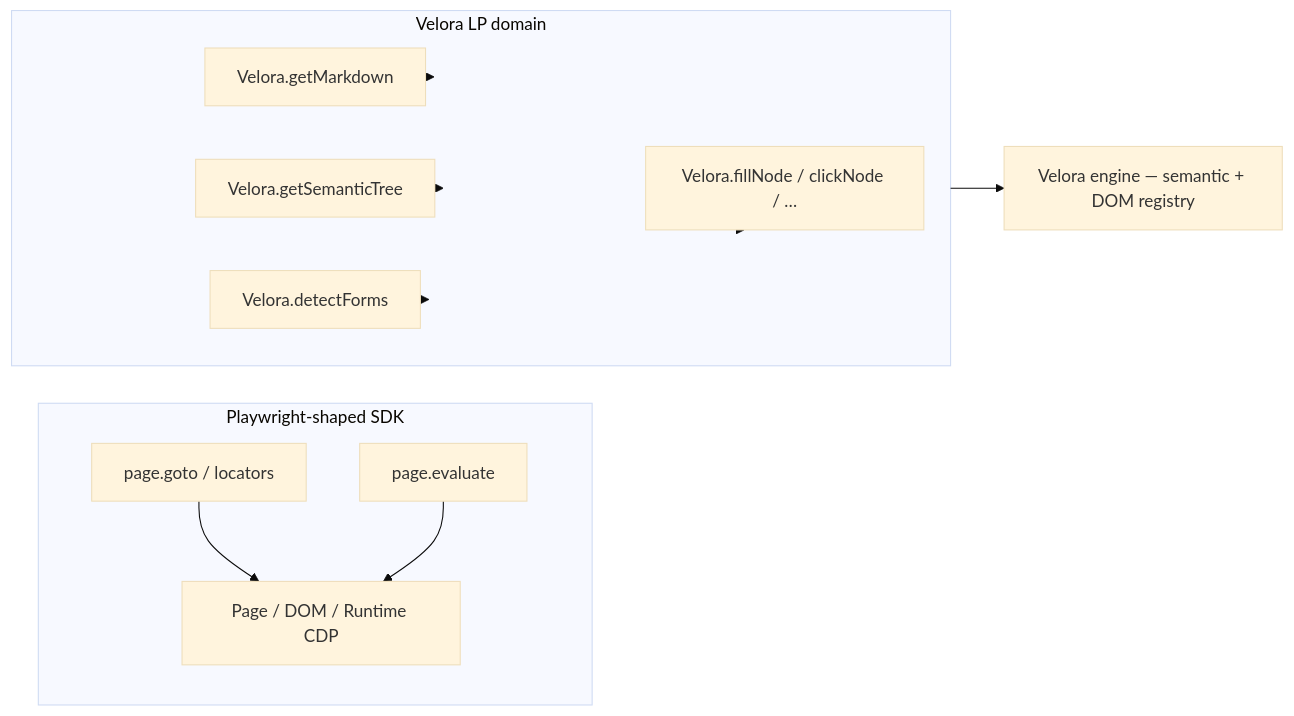
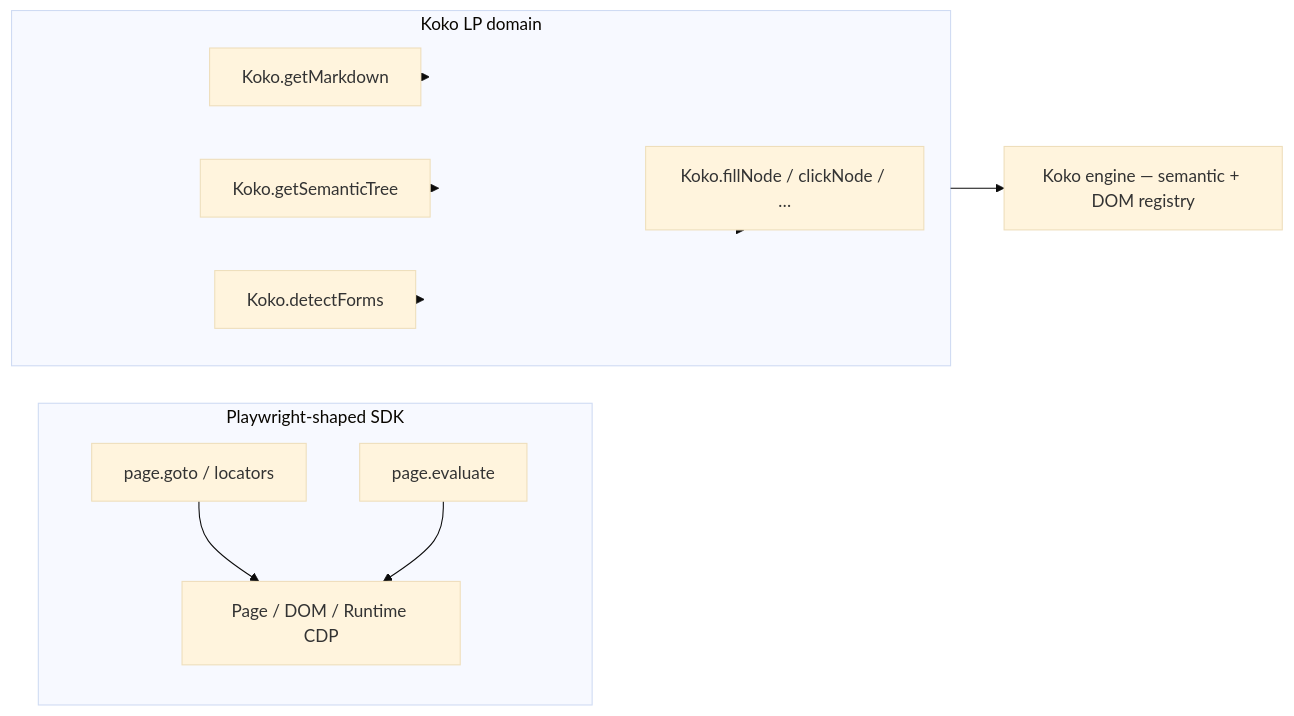
One commit to ivanUri/koko-core changed the first of 2 diagrams in knowledge/sdk/2026-06-30-sdk-smoke-and-workflows.md. Above: the diagram before and after it, drawn with Mermaid (base theme). The commit also changed other lines of this file and 250 other files, not shown here.

Commit message:
Rename Velora to Koko and redesign persistent storage

````diff
--- a/knowledge/sdk/2026-06-30-sdk-smoke-and-workflows.md
+++ b/knowledge/sdk/2026-06-30-sdk-smoke-and-workflows.md
@@ -37,23 +37,23 @@
 ```mermaid
 flowchart LR
   subgraph playwright_layer [Playwright-shaped SDK]
     PG["page.goto / locators"]
     EV["page.evaluate"]
     CDP_STD["Page / DOM / Runtime CDP"]
   end
 
-  subgraph lp_layer [Velora LP domain]
-    MD["Velora.getMarkdown"]
-    ST["Velora.getSemanticTree"]
-    DF["Velora.detectForms"]
-    NH["Velora.fillNode / clickNode / …"]
+  subgraph lp_layer [Koko LP domain]
+    MD["Koko.getMarkdown"]
+    ST["Koko.getSemanticTree"]
+    DF["Koko.detectForms"]
+    NH["Koko.fillNode / clickNode / …"]
   end
 
   PG --> CDP_STD
   EV --> CDP_STD
   MD --> lp_layer
   ST --> lp_layer
   DF --> lp_layer
   NH --> lp_layer
-  lp_layer --> ENGINE["Velora engine — semantic + DOM registry"]
+  lp_layer --> ENGINE["Koko engine — semantic + DOM registry"]
 ```
````
